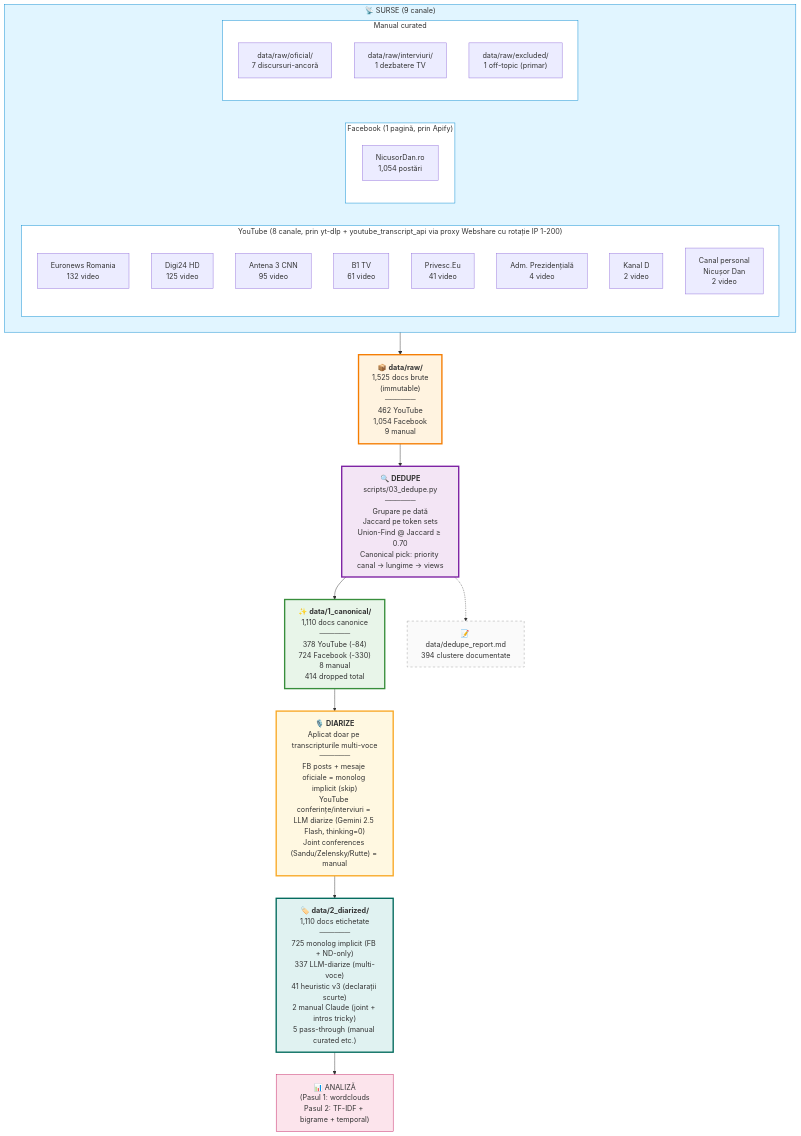
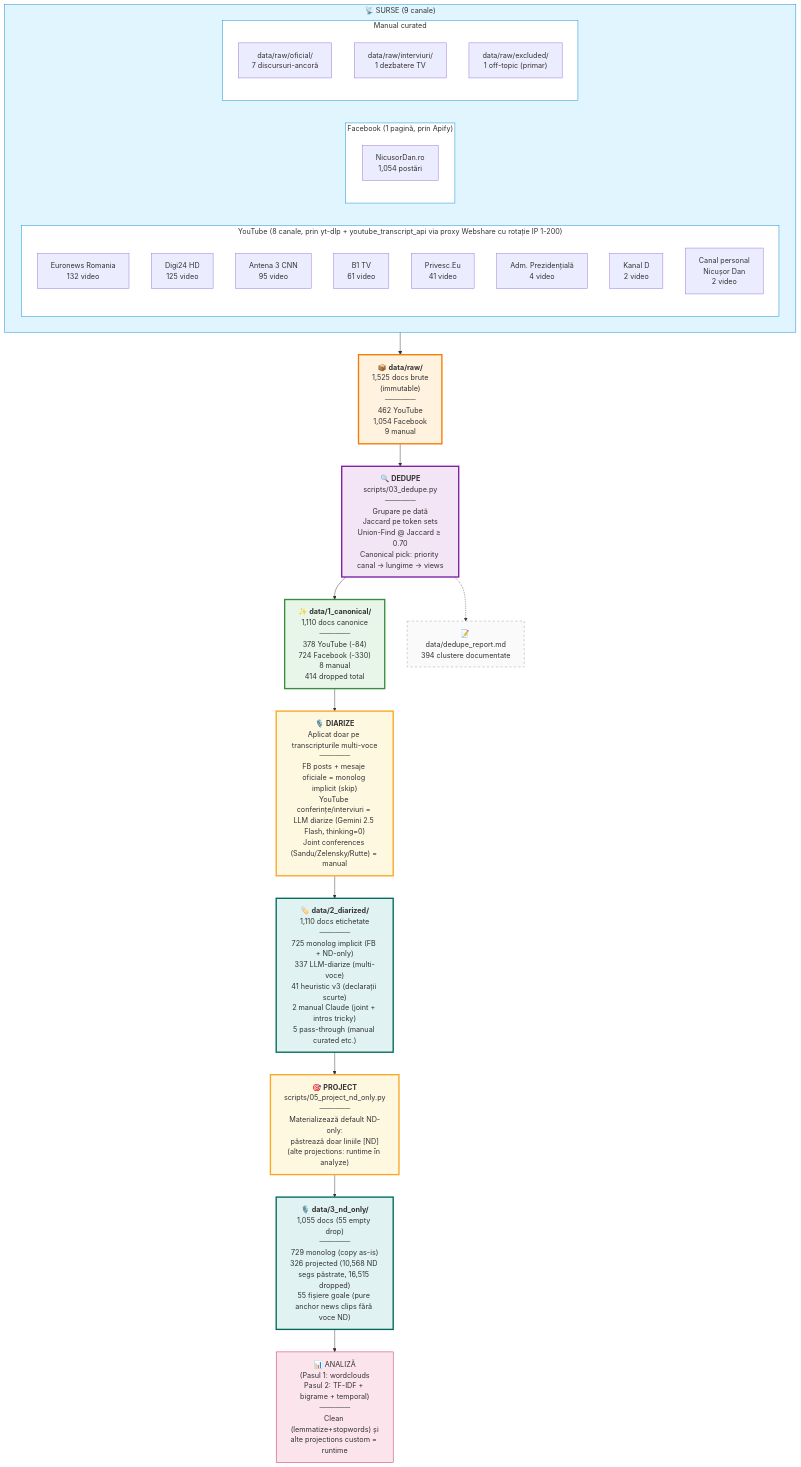
Before and after one commit to radusqrt/evolutie-discurs-nicusor-dan: the diagram in README.md, drawn with Mermaid. The commit also changed 3054 other files, not shown here.

First line of the commit message:
feat: PROJECT step materializează data/3_nd_only/ + README updated

````diff
--- a/README.md
+++ b/README.md
@@ -19,50 +19,56 @@
 ```mermaid
 flowchart TB
     subgraph SRC["📡 SURSE (9 canale)"]
         direction LR
         subgraph YT["YouTube (8 canale, prin yt-dlp + youtube_transcript_api via proxy Webshare cu rotație IP 1-200)"]
             E["Euronews Romania<br/>132 video"]
             D["Digi24 HD<br/>125 video"]
             A3["Antena 3 CNN<br/>95 video"]
             B1["B1 TV<br/>61 video"]
             PE["Privesc.Eu<br/>41 video"]
             AP["Adm. Prezidențială<br/>4 video"]
             KD["Kanal D<br/>2 video"]
             NDP["Canal personal<br/>Nicușor Dan<br/>2 video"]
         end
         subgraph FB["Facebook (1 pagină, prin Apify)"]
             FBP["NicusorDan.ro<br/>1,054 postări"]
         end
         subgraph MAN["Manual curated"]
             OFI["data/raw/oficial/<br/>7 discursuri-ancoră"]
             INT["data/raw/interviuri/<br/>1 dezbatere TV"]
             EXC["data/raw/excluded/<br/>1 off-topic (primar)"]
         end
     end
 
     SRC --> RAW["📦 <b>data/raw/</b><br/>1,525 docs brute<br/>(immutable)<br/>──────<br/>462 YouTube<br/>1,054 Facebook<br/>9 manual"]
 
     RAW --> DEDUP["🔍 <b>DEDUPE</b><br/>scripts/03_dedupe.py<br/>──────<br/>Grupare pe dată<br/>Jaccard pe token sets<br/>Union-Find @ Jaccard ≥ 0.70<br/>Canonical pick: priority canal → lungime → views"]
 
     DEDUP --> CAN["✨ <b>data/1_canonical/</b><br/>1,110 docs canonice<br/>──────<br/>378 YouTube (-84)<br/>724 Facebook (-330)<br/>8 manual<br/>414 dropped total"]
 
     DEDUP -.-> REP["📝 data/dedupe_report.md<br/>394 clustere documentate"]
 
     CAN --> DIARIZE["🎙️ <b>DIARIZE</b><br/>Aplicat doar pe transcripturile multi-voce<br/>──────<br/>FB posts + mesaje oficiale = monolog implicit (skip)<br/>YouTube conferințe/interviuri = LLM diarize (Gemini 2.5 Flash, thinking=0)<br/>Joint conferences (Sandu/Zelensky/Rutte) = manual"]
 
     DIARIZE --> DIA["🏷️ <b>data/2_diarized/</b><br/>1,110 docs etichetate<br/>──────<br/>725 monolog implicit (FB + ND-only)<br/>337 LLM-diarize (multi-voce)<br/>41 heuristic v3 (declarații scurte)<br/>2 manual Claude (joint + intros tricky)<br/>5 pass-through (manual curated etc.)"]
 
-    DIA --> AN["📊 ANALIZĂ<br/>(Pasul 1: wordclouds<br/>Pasul 2: TF-IDF + bigrame + temporal)"]
+    DIA --> PROJECT["🎯 <b>PROJECT</b><br/>scripts/05_project_nd_only.py<br/>──────<br/>Materializează default ND-only:<br/>păstrează doar liniile [ND]<br/>(alte projections: runtime în analyze)"]
+
+    PROJECT --> ND["🎙️ <b>data/3_nd_only/</b><br/>1,055 docs (55 empty drop)<br/>──────<br/>729 monolog (copy as-is)<br/>326 projected (10,568 ND segs păstrate, 16,515 dropped)<br/>55 fișiere goale (pure anchor news clips fără voce ND)"]
+
+    ND --> AN["📊 ANALIZĂ<br/>(Pasul 1: wordclouds<br/>Pasul 2: TF-IDF + bigrame + temporal)<br/>──────<br/>Clean (lemmatize+stopwords) și<br/>alte projections custom = runtime"]
 
     style SRC fill:#e1f5ff,stroke:#0288d1
     style YT fill:#fff,stroke:#0288d1
     style FB fill:#fff,stroke:#0288d1
     style MAN fill:#fff,stroke:#0288d1
     style RAW fill:#fff3e0,stroke:#f57c00,stroke-width:3px
     style DEDUP fill:#f3e5f5,stroke:#7b1fa2,stroke-width:3px
     style CAN fill:#e8f5e9,stroke:#388e3c,stroke-width:3px
     style DIARIZE fill:#fff8e1,stroke:#f9a825,stroke-width:3px
     style DIA fill:#e0f2f1,stroke:#00695c,stroke-width:3px
+    style PROJECT fill:#fff8e1,stroke:#f9a825,stroke-width:3px
+    style ND fill:#e0f2f1,stroke:#00695c,stroke-width:3px
     style AN fill:#fce4ec,stroke:#c2185b
     style REP fill:#fafafa,stroke:#9e9e9e,stroke-dasharray: 5 5
 ```
````
